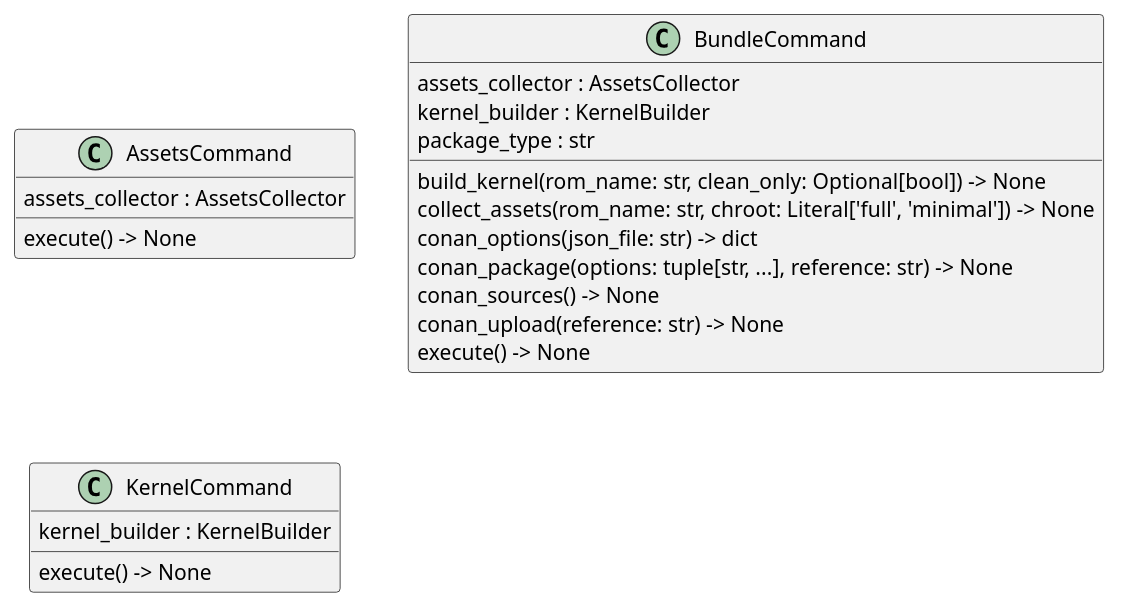
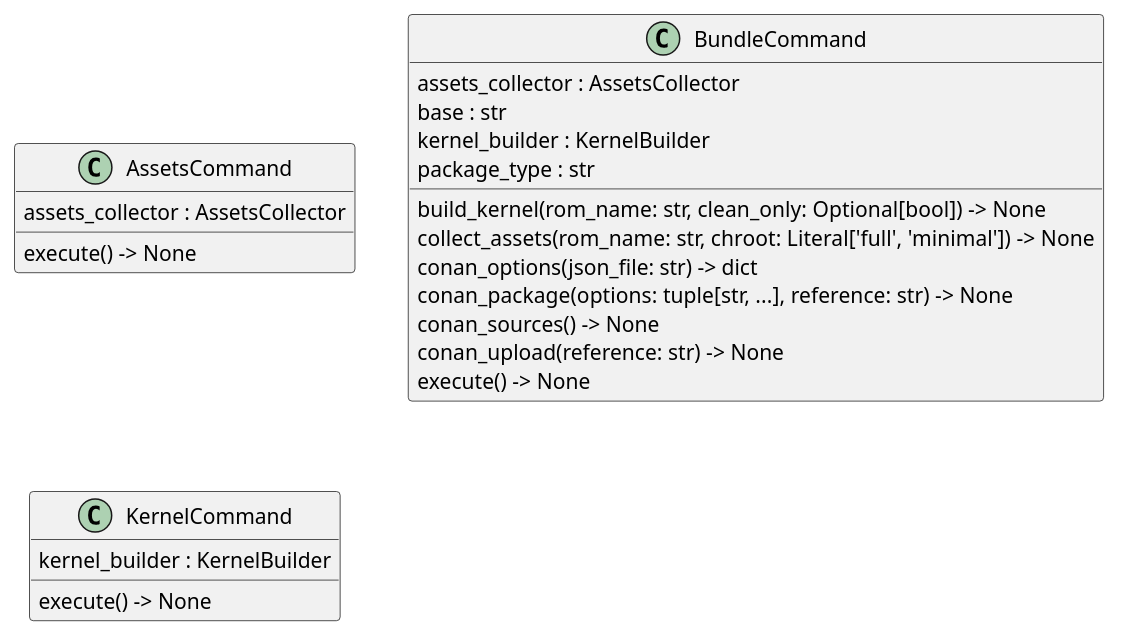
Before and after one commit to seppzer0/zero_kernel: the diagram in docs/architecture/commands/classes.puml, drawn with PlantUML. The commit also changed 1 other file, not shown here.

Commit message:
docs: update architecture docs

```diff
--- a/docs/architecture/commands/classes.puml
+++ b/docs/architecture/commands/classes.puml
@@ -1,23 +1,24 @@
 @startuml classes
 set namespaceSeparator none
 class "AssetsCommand" as commands.assets.AssetsCommand {
   assets_collector : AssetsCollector
   execute() -> None
 }
 class "BundleCommand" as commands.bundle.BundleCommand {
   assets_collector : AssetsCollector
+  base : str
   kernel_builder : KernelBuilder
   package_type : str
   build_kernel(rom_name: str, clean_only: Optional[bool]) -> None
   collect_assets(rom_name: str, chroot: Literal['full', 'minimal']) -> None
   conan_options(json_file: str) -> dict
   conan_package(options: tuple[str, ...], reference: str) -> None
   conan_sources() -> None
   conan_upload(reference: str) -> None
   execute() -> None
 }
 class "KernelCommand" as commands.kernel.KernelCommand {
   kernel_builder : KernelBuilder
   execute() -> None
 }
 @enduml
```
